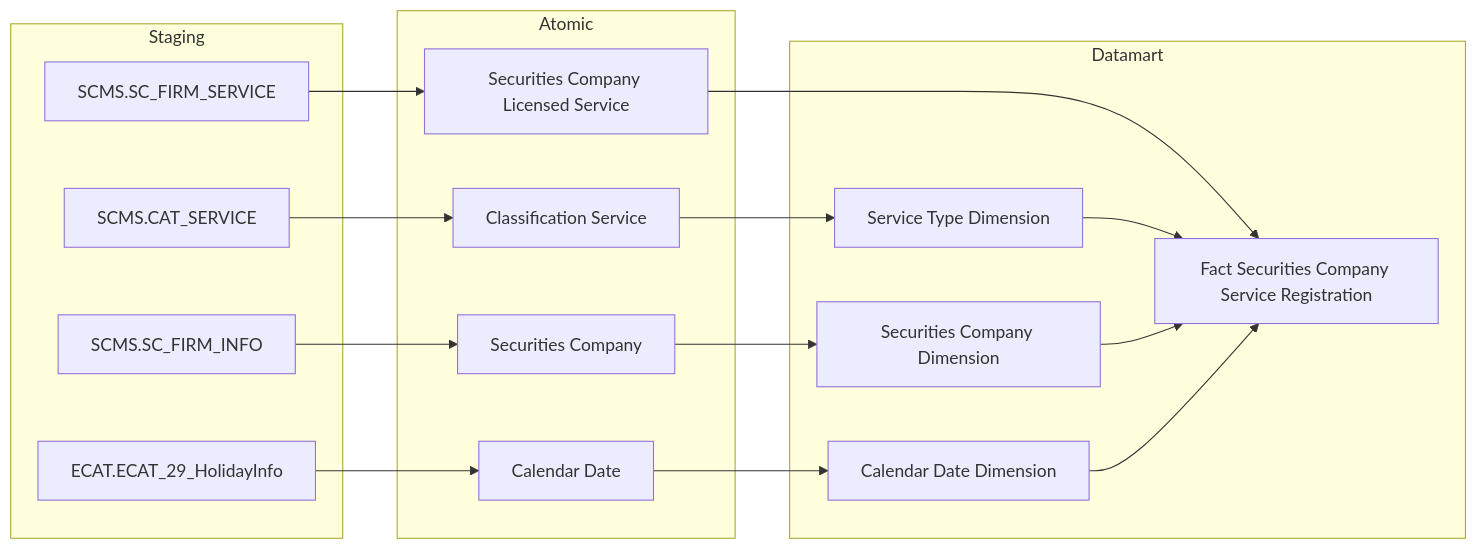
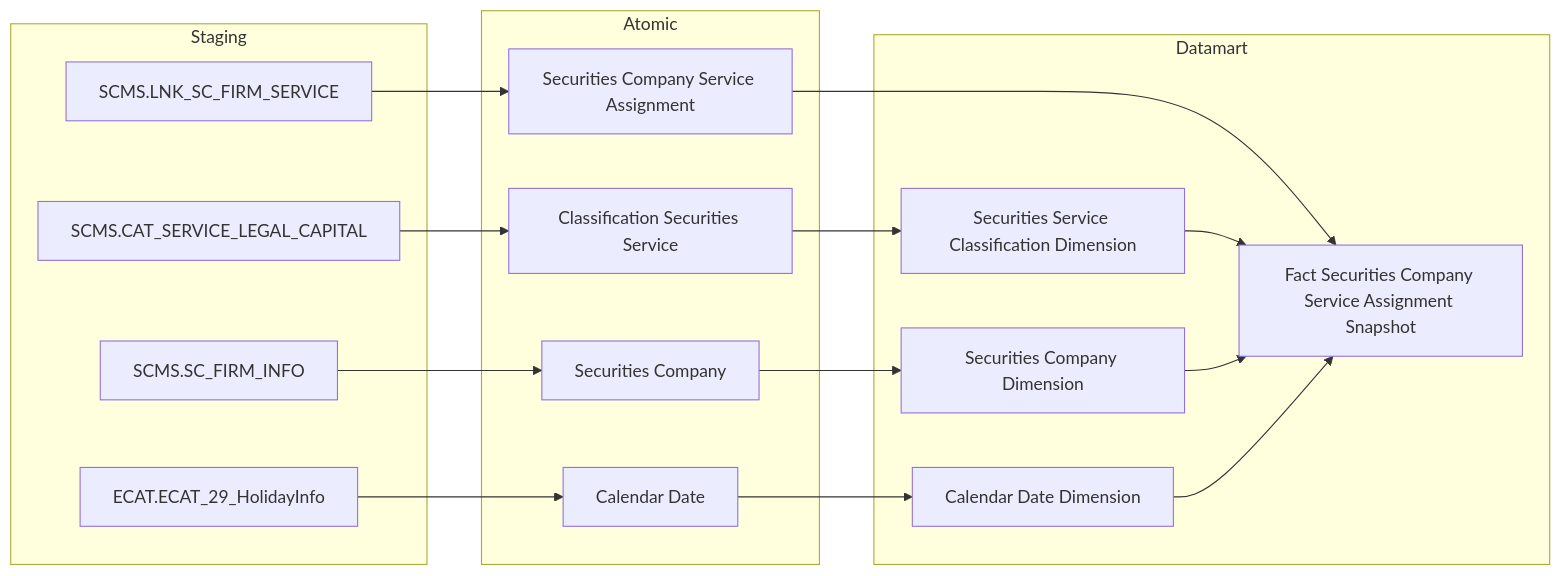
The second of 30 diagrams in Datamart/hld/DTM_QLKD_HLD.md (linhlvit/ubck_atomic_design), drawn with Mermaid before and after one commit. The commit also changed other lines of this file and 9 other files, not shown here.

Commit message:
feat(QLKD): cap nhat thiet ke Datamart QLKD v4.3 va dong bo phan tich BA (bo sung Fact Compliance va Financial Snapshot)

````diff
--- a/Datamart/hld/DTM_QLKD_HLD.md
+++ b/Datamart/hld/DTM_QLKD_HLD.md
@@ -65,37 +63,37 @@
 ```mermaid
 flowchart LR
     subgraph SRC["Staging"]
-        S1["SCMS.SC_FIRM_SERVICE"]
-        S2["SCMS.CAT_SERVICE"]
+        S1["SCMS.LNK_SC_FIRM_SERVICE"]
+        S2["SCMS.CAT_SERVICE_LEGAL_CAPITAL"]
         S3["SCMS.SC_FIRM_INFO"]
         ECAT_ECAT_29_HolidayInfo["ECAT.ECAT_29_HolidayInfo"]
     end
 
     subgraph SIL["Atomic"]
-        SV1["Securities Company Licensed Service"]
-        SV4["Classification Service"]
-        SV2["Securities Company"]
+        SV1["Securities Company Service Assignment"]
+        SV2["Classification Securities Service"]
+        SV3["Securities Company"]
         Calendar_Date["Calendar Date"]
     end
 
     subgraph Datamart["Datamart"]
-        G1["Fact Securities Company Service Registration"]
-        G2["Service Type Dimension"]
+        G1["Fact Securities Company Service Assignment Snapshot"]
+        G2["Securities Service Classification Dimension"]
         G3["Securities Company Dimension"]
         G4["Calendar Date Dimension"]
     end
 
     S1 --> SV1
-    S2 --> SV4
-    S3 --> SV2
+    S2 --> SV2
+    S3 --> SV3
     ECAT_ECAT_29_HolidayInfo --> Calendar_Date
 
     SV1 --> G1
-    SV4 --> G2
-    SV2 --> G3
+    SV2 --> G2
+    SV3 --> G3
     Calendar_Date --> G4
 
     G2 --> G1
     G3 --> G1
     G4 --> G1
 ```
````
